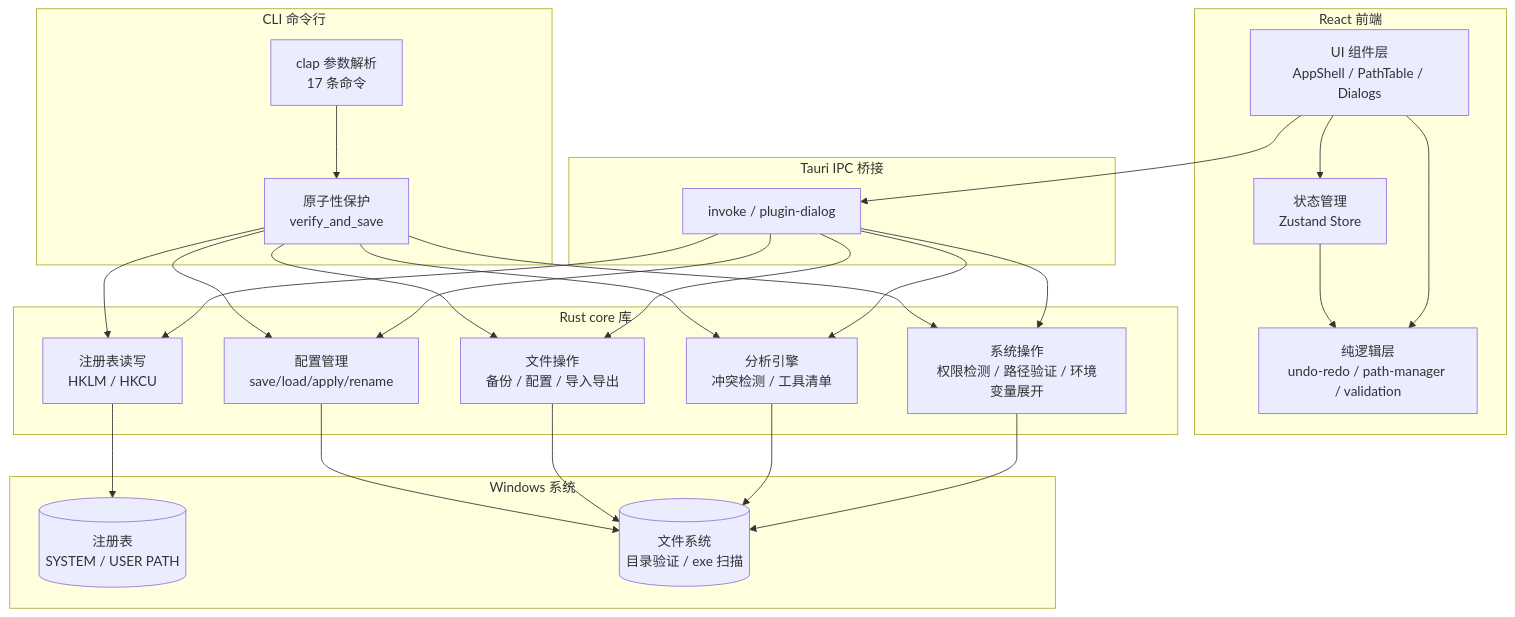
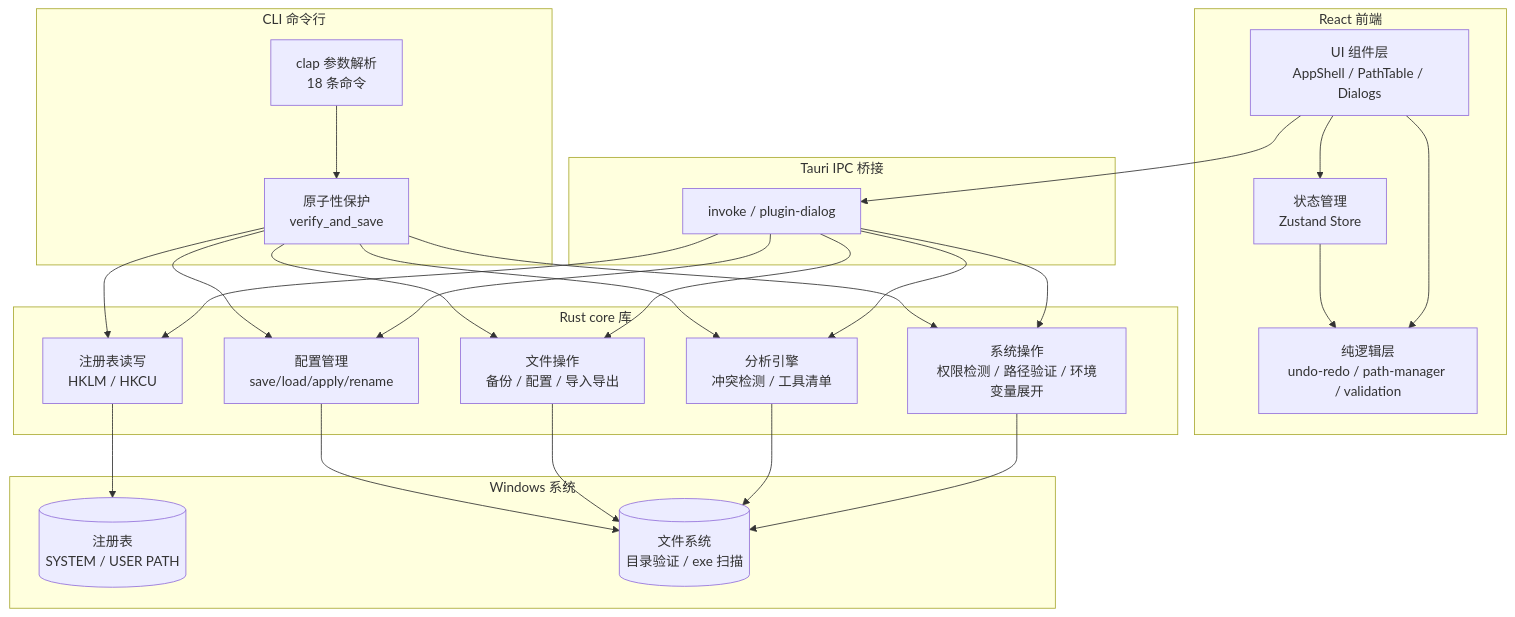
Before and after one commit to LHY0125/PathEditor: the first of 4 diagrams in README.md, drawn with Mermaid. The commit also changed other lines of this file and 1 other file, not shown here.

````diff
--- a/README.md
+++ b/README.md
@@ -27,51 +27,51 @@
 ```mermaid
 graph TB
     subgraph 前端["React 前端"]
         UI[UI 组件层<br/>AppShell / PathTable / Dialogs]
         Store[状态管理<br/>Zustand Store]
         Core[纯逻辑层<br/>undo-redo / path-manager / validation]
         UI --> Store
         UI --> Core
         Store --> Core
     end
 
     subgraph CLI["CLI 命令行"]
-        Clap[clap 参数解析<br/>17 条命令]
+        Clap[clap 参数解析<br/>18 条命令]
         Atomic[原子性保护<br/>verify_and_save]
     end
 
     subgraph IPC["Tauri IPC 桥接"]
         invoke[invoke / plugin-dialog]
     end
 
     subgraph 后端["Rust core 库"]
         Registry[注册表读写<br/>HKLM / HKCU]
         System[系统操作<br/>权限检测 / 路径验证 / 环境变量展开]
         Files[文件操作<br/>备份 / 配置 / 导入导出]
         Scanner[分析引擎<br/>冲突检测 / 工具清单]
         Profiles[配置管理<br/>save/load/apply/rename]
     end
 
     subgraph Windows["Windows 系统"]
         Reg[(注册表<br/>SYSTEM / USER PATH)]
         FS[(文件系统<br/>目录验证 / exe 扫描)]
     end
 
     UI --> invoke
     invoke --> Registry
     invoke --> System
     invoke --> Files
     invoke --> Scanner
     invoke --> Profiles
     Clap --> Atomic
     Atomic --> Registry
     Atomic --> System
     Atomic --> Files
     Atomic --> Scanner
     Atomic --> Profiles
     Registry --> Reg
     System --> FS
     Scanner --> FS
     Files --> FS
     Profiles --> FS
 ```
````
